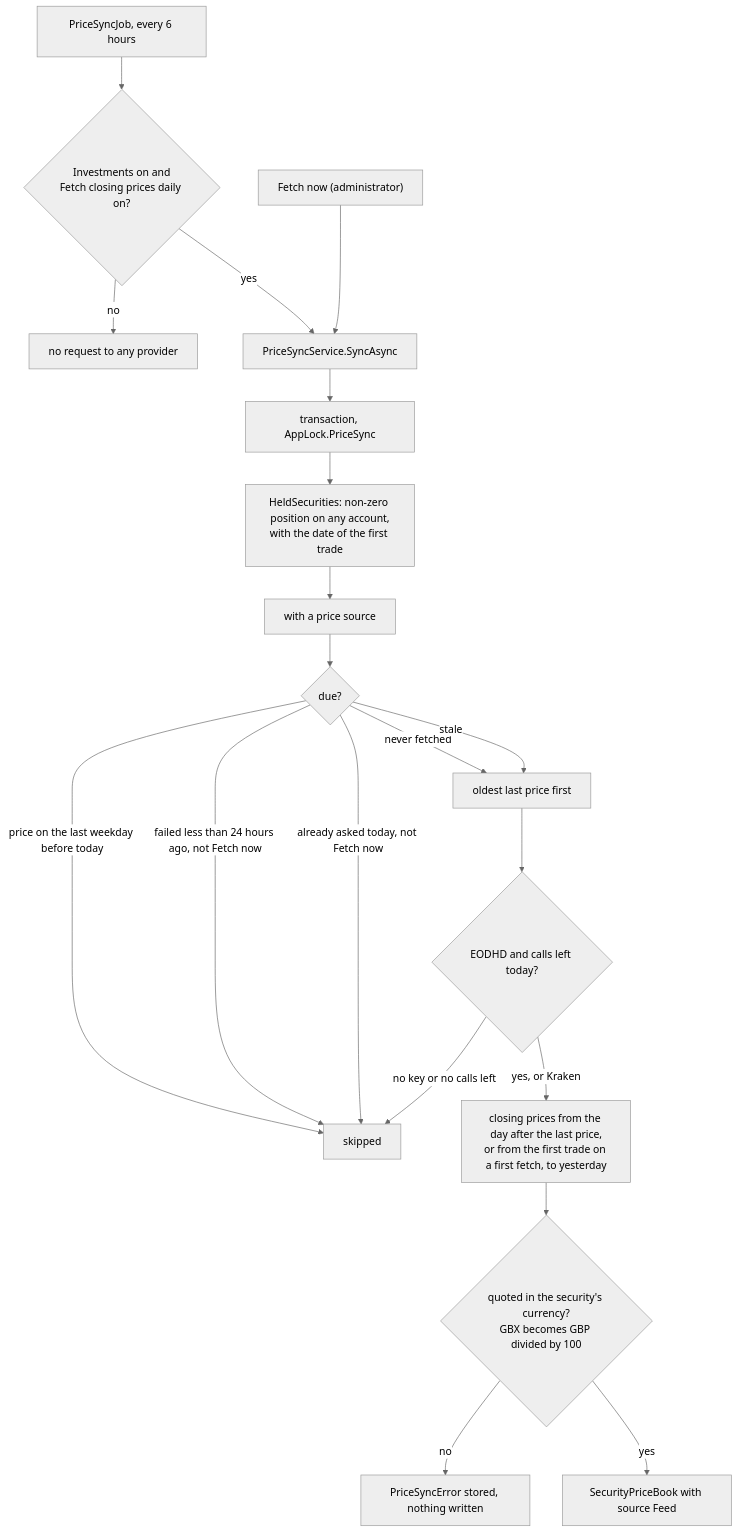
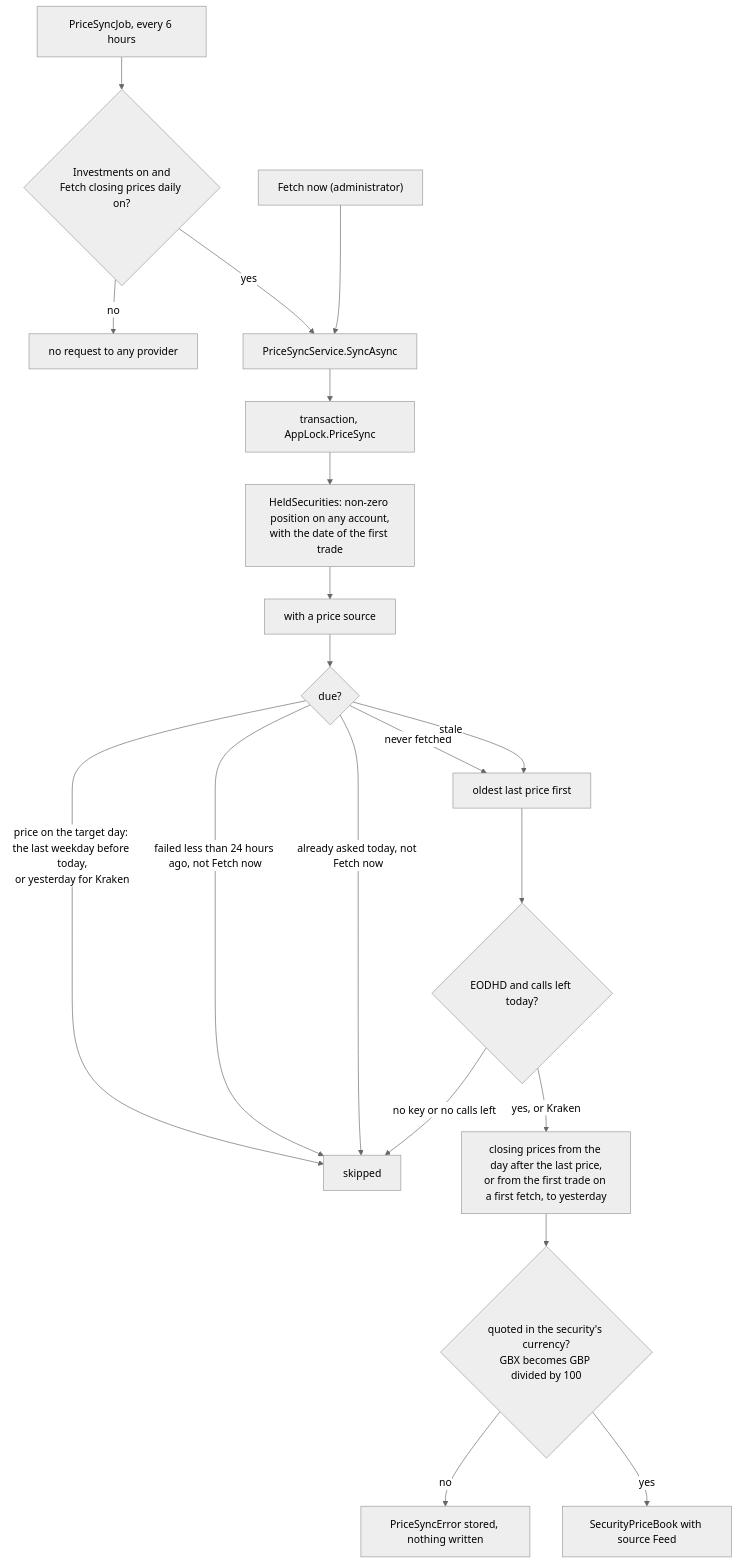
One commit to Justxs/Jx-Finance changed the diagram in docs/features/live-prices.md. Above: the diagram before and after it, drawn with Mermaid (neutral theme). The commit also changed other lines of this file and 369 other files, not shown here.

````diff
--- a/docs/features/live-prices.md
+++ b/docs/features/live-prices.md
@@ -32,22 +32,22 @@
 ```mermaid
 flowchart TD
     Job["PriceSyncJob, every 6 hours"] --> Switch{"Investments on and<br/>Fetch closing prices daily on?"}
     Switch -->|"no"| Nothing["no request to any provider"]
     Switch -->|"yes"| Sync["PriceSyncService.SyncAsync"]
     Now["Fetch now (administrator)"] --> Sync
     Sync --> Lock["transaction, AppLock.PriceSync"]
     Lock --> Held["HeldSecurities: non-zero position on any account,<br/>with the date of the first trade"]
     Held --> Mapped["with a price source"]
     Mapped --> Due{"due?"}
     Due -->|"never fetched"| Fetch
-    Due -->|"price on the last weekday before today"| Skip["skipped"]
+    Due -->|"price on the target day: the last weekday before today,<br/>or yesterday for Kraken"| Skip["skipped"]
     Due -->|"failed less than 24 hours ago, not Fetch now"| Skip
     Due -->|"already asked today, not Fetch now"| Skip
     Due -->|"stale"| Fetch["oldest last price first"]
     Fetch --> Budget{"EODHD and calls left today?"}
     Budget -->|"no key or no calls left"| Skip
     Budget -->|"yes, or Kraken"| Ask["closing prices from the day after the last price,<br/>or from the first trade on a first fetch, to yesterday"]
     Ask --> Currency{"quoted in the security's currency?<br/>GBX becomes GBP divided by 100"}
     Currency -->|"no"| Fail["PriceSyncError stored, nothing written"]
     Currency -->|"yes"| Book["SecurityPriceBook with source Feed"]
 ```
````
